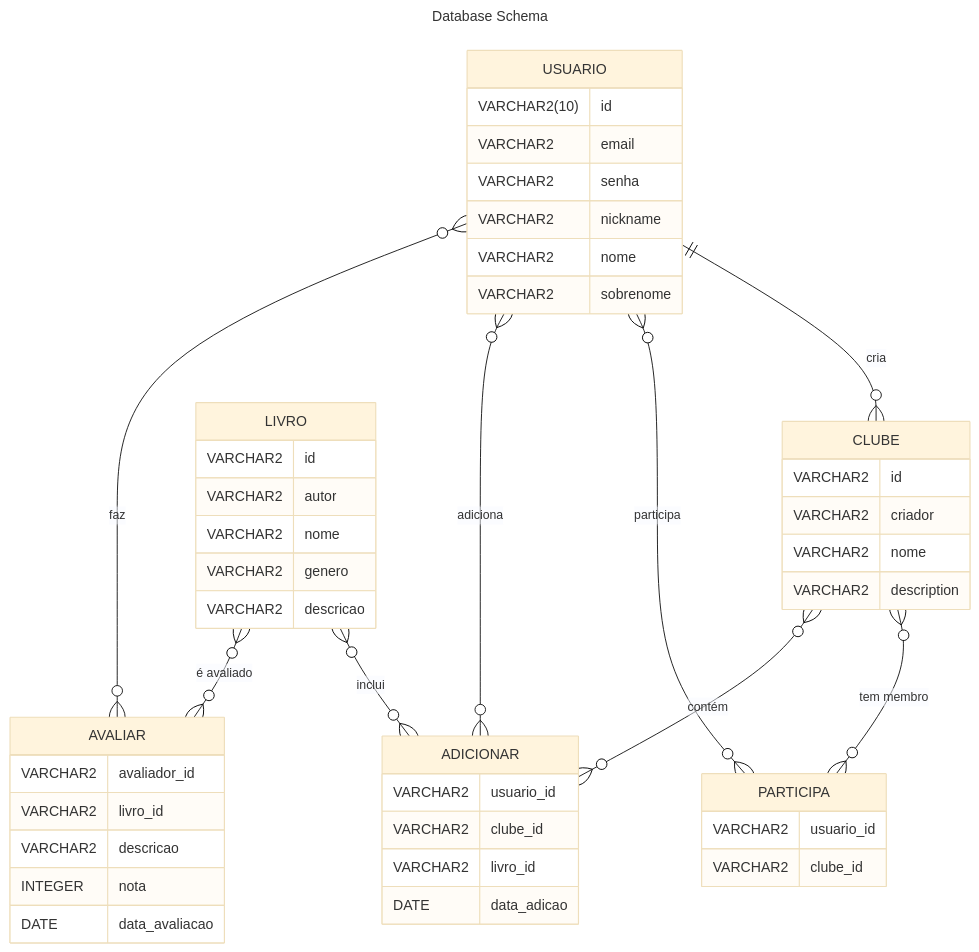
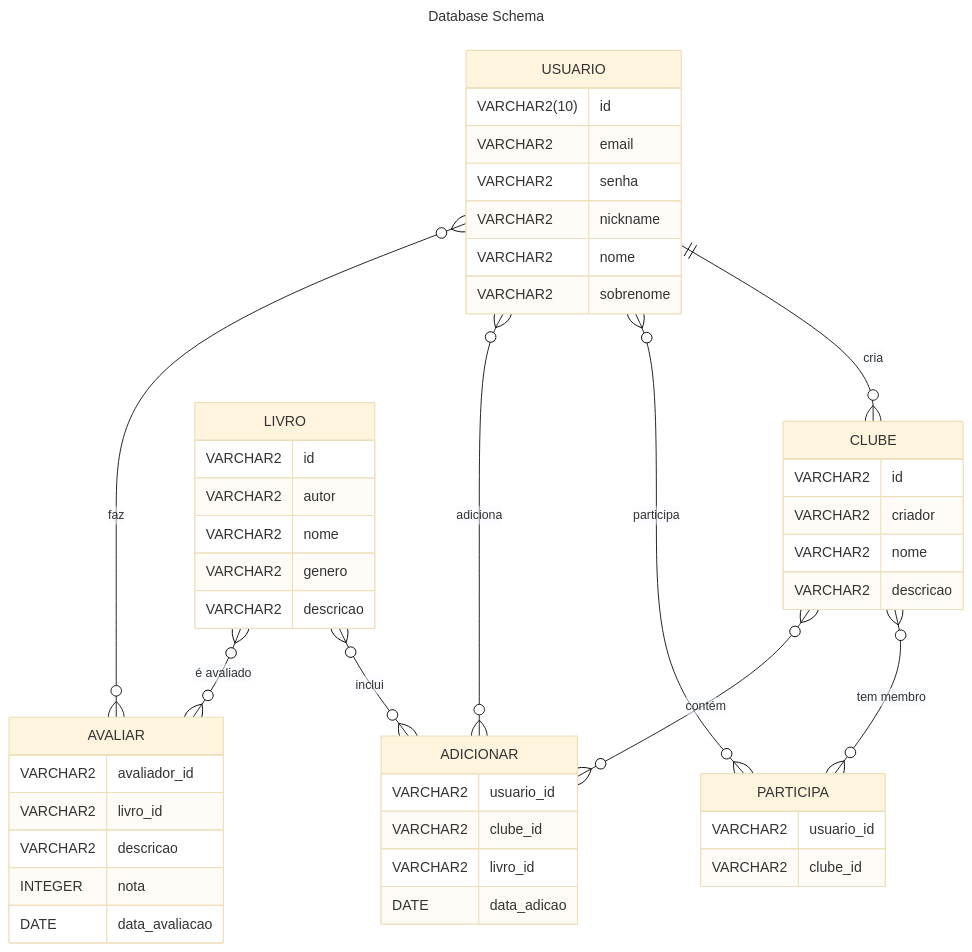
Before and after one commit to rubdelima/BookBridge: the first of 2 diagrams in README.md, drawn with Mermaid (base theme). The commit also changed other lines of this file and 9 other files, not shown here.

````diff
--- a/README.md
+++ b/README.md
@@ -107,59 +107,59 @@
 ```mermaid
 ---
 title: Database Schema
 ---
 erDiagram
     
 USUARIO {
     VARCHAR2(10) id
     VARCHAR2 email
     VARCHAR2 senha
     VARCHAR2 nickname
     VARCHAR2 nome
     VARCHAR2 sobrenome
 }
 
 CLUBE {
     VARCHAR2 id
     VARCHAR2 criador
     VARCHAR2 nome
-    VARCHAR2 description
+    VARCHAR2 descricao
 }
 
 LIVRO {
     VARCHAR2 id
     VARCHAR2 autor
     VARCHAR2 nome
     VARCHAR2 genero
     VARCHAR2 descricao
 }
 
 PARTICIPA {
     VARCHAR2 usuario_id
     VARCHAR2 clube_id
 }
 
 ADICIONAR {
     VARCHAR2 usuario_id
     VARCHAR2 clube_id
     VARCHAR2 livro_id
     DATE data_adicao
 }
 
 AVALIAR {
     VARCHAR2 avaliador_id
     VARCHAR2 livro_id
     VARCHAR2 descricao
     INTEGER nota
     DATE data_avaliacao
 }
 
 USUARIO ||--o{ CLUBE : "cria"
 USUARIO }o--o{ PARTICIPA : "participa"
 CLUBE }o--o{ PARTICIPA : "tem membro"
 USUARIO }o--o{ ADICIONAR : "adiciona"
 CLUBE }o--o{ ADICIONAR : "contém"
 LIVRO }o--o{ ADICIONAR : "inclui"
 USUARIO }o--o{ AVALIAR : "faz"
 LIVRO }o--o{ AVALIAR : "é avaliado"
 ```
````
